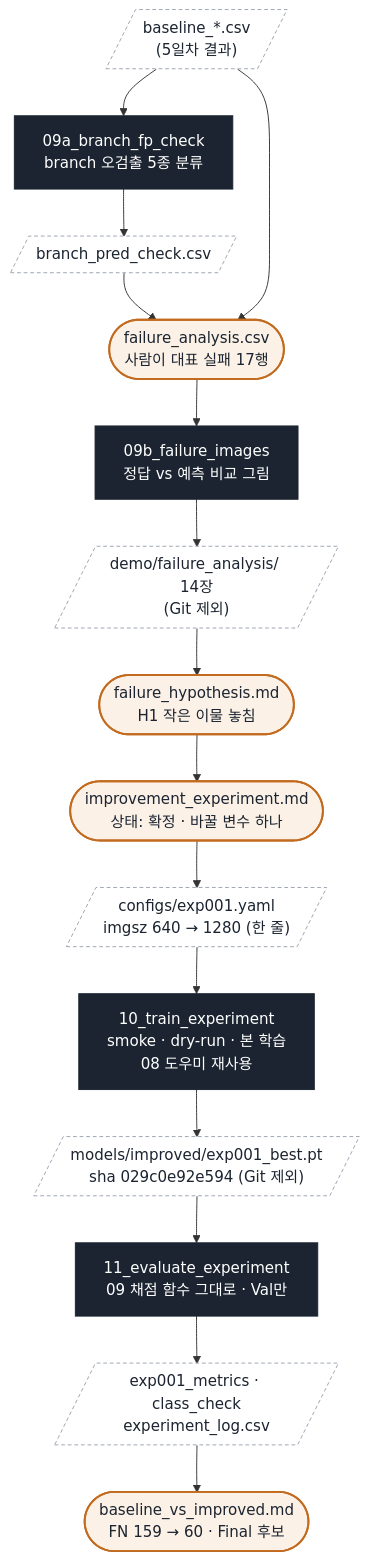
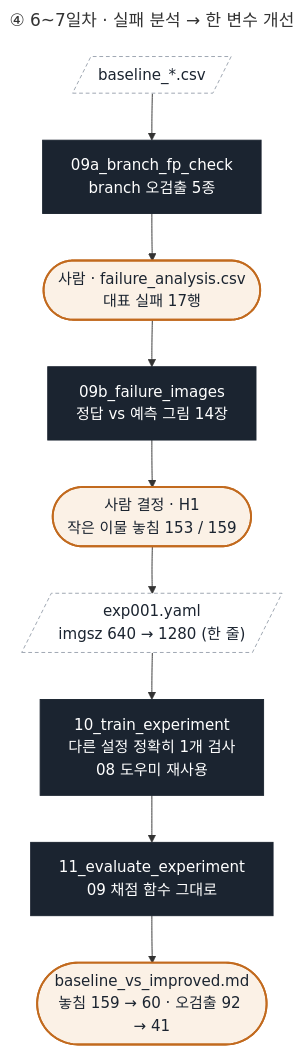
One commit to howolcat/prj2026.10 changed the fifth of 10 diagrams in prj08/docs/code_flow.md. Above: the diagram before and after it, drawn with Mermaid. The commit also changed other lines of this file and 8 other files, not shown here.

````diff
--- a/prj08/docs/code_flow.md
+++ b/prj08/docs/code_flow.md
@@ -111,25 +145,22 @@
 ```mermaid
+---
+title: ④ 6~7일차 · 실패 분석 → 한 변수 개선
+---
 flowchart TD
-    O09[/"baseline_*.csv<br/>(5일차 결과)"/]
+    O09[/"baseline_*.csv"/] --> S09A["09a_branch_fp_check<br/>branch 오검출 5종"]
+    S09A --> FA(["사람 · failure_analysis.csv<br/>대표 실패 17행"])
+    FA --> S09B["09b_failure_images<br/>정답 vs 예측 그림 14장"]
+    S09B --> HYP(["사람 결정 · H1<br/>작은 이물 놓침 153 / 159"])
+    HYP --> EY[/"exp001.yaml<br/>imgsz 640 → 1280 (한 줄)"/]
+    EY --> S10["10_train_experiment<br/>다른 설정 정확히 1개 검사<br/>08 도우미 재사용"]
+    S10 --> S11["11_evaluate_experiment<br/>09 채점 함수 그대로"]
+    S11 --> CMP(["baseline_vs_improved.md<br/>놓침 159 → 60 · 오검출 92 → 41"])
 
-    O09 --> S09A["09a_branch_fp_check<br/>branch 오검출 5종 분류"] --> O09A[/"branch_pred_check.csv"/]
-    O09A --> FA(["failure_analysis.csv<br/>사람이 대표 실패 17행"])
-    O09 --> FA
-    FA --> S09B["09b_failure_images<br/>정답 vs 예측 비교 그림"] --> O09B[/"demo/failure_analysis/ 14장<br/>(Git 제외)"/]
-    O09B --> HYP(["failure_hypothesis.md<br/>H1 작은 이물 놓침"])
-
-    HYP --> PLAN(["improvement_experiment.md<br/>상태: 확정 · 바꿀 변수 하나"])
-    PLAN --> EY[/"configs/exp001.yaml<br/>imgsz 640 → 1280 (한 줄)"/]
-    EY --> S10["10_train_experiment<br/>smoke · dry-run · 본 학습<br/>08 도우미 재사용"]
-    S10 --> O10[/"models/improved/exp001_best.pt<br/>sha 029c0e92e594 (Git 제외)"/]
-    O10 --> S11["11_evaluate_experiment<br/>09 채점 함수 그대로 · Val만"]
-    S11 --> O11[/"exp001_metrics · class_check<br/>experiment_log.csv"/]
-    O11 --> CMP(["baseline_vs_improved.md<br/>FN 159 → 60 · Final 후보"])
-
+    classDef data fill:#E9ECE8,stroke:#9AA3AE,color:#1B2430
     classDef script fill:#1B2430,stroke:#1B2430,color:#FFFFFF
     classDef out fill:#FFFFFF,stroke:#9AA3AE,stroke-dasharray:4 3,color:#1B2430
     classDef human fill:#FBF1E6,stroke:#C26A1E,stroke-width:2px,color:#1B2430
     class S09A,S09B,S10,S11 script
-    class O09,O09A,O09B,EY,O10,O11 out
-    class FA,HYP,PLAN,CMP human
+    class O09,EY out
+    class FA,HYP,CMP human
 ```
````
